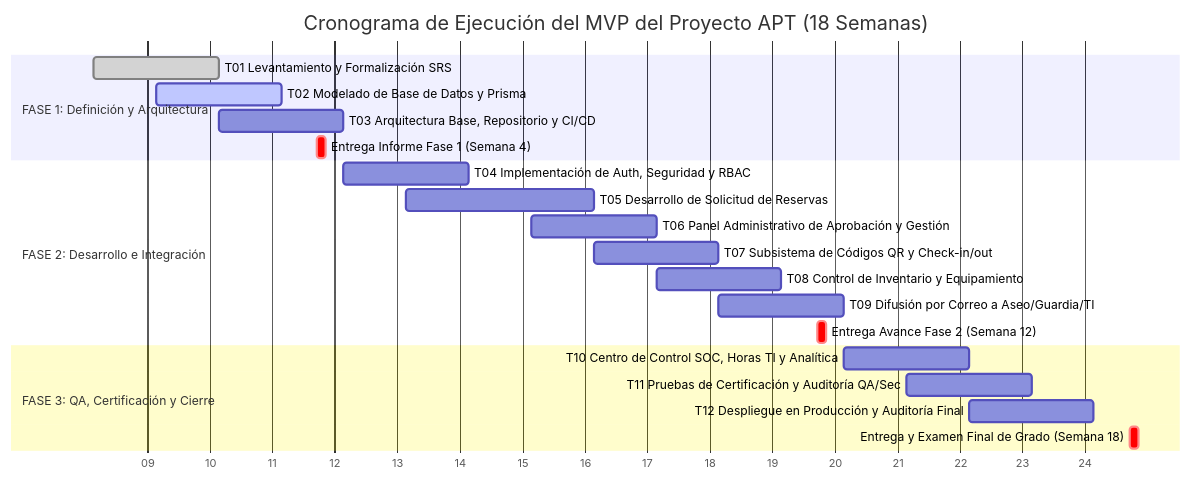
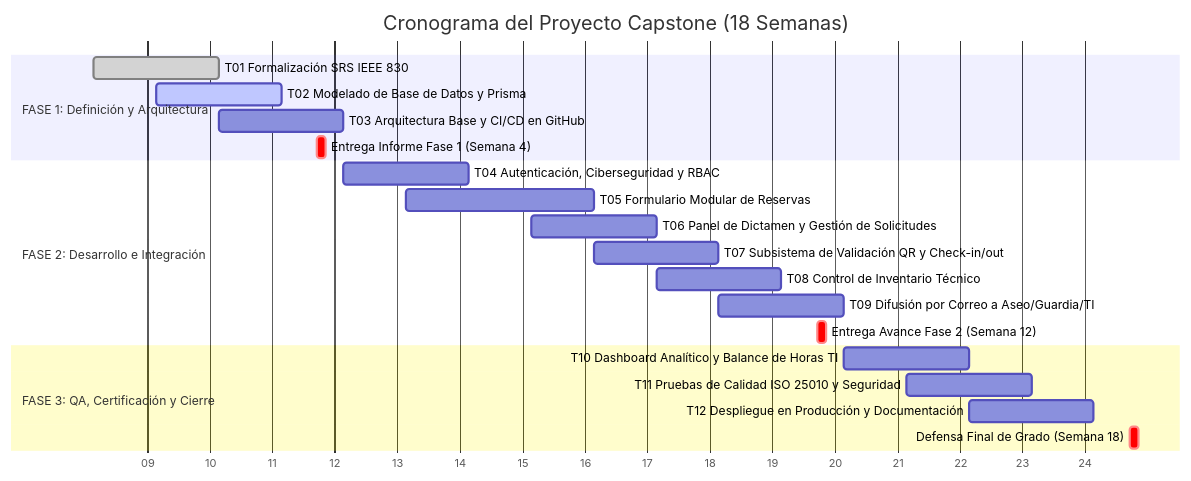
Before and after one commit to IMANDOI/sistema-gestion-auditorios-capstone: the sixth of 12 diagrams in informe_fase_1_definicion_proyecto.md, drawn with Mermaid. The commit also changed other lines of this file, not shown here.

Commit message:
docs(capstone): estandarizar a Proyecto Capstone y refinar alcance de ingenieria (informe_fase_1_definicion_proyecto.md)

````diff
--- a/informe_fase_1_definicion_proyecto.md
+++ b/informe_fase_1_definicion_proyecto.md
@@ -292,27 +288,27 @@
 ```mermaid
 gantt
-    title Cronograma de Ejecución del MVP del Proyecto APT (18 Semanas)
+    title Cronograma del Proyecto Capstone (18 Semanas)
     dateFormat  YYYY-MM-DD
     axisFormat %W
     
     section FASE 1: Definición y Arquitectura
-    T01 Levantamiento y Formalización SRS             :done,    des1, 2026-03-02, 2026-03-16
+    T01 Formalización SRS IEEE 830                   :done,    des1, 2026-03-02, 2026-03-16
     T02 Modelado de Base de Datos y Prisma           :active,  des2, 2026-03-09, 2026-03-23
-    T03 Arquitectura Base, Repositorio y CI/CD       :         des3, 2026-03-16, 2026-03-30
+    T03 Arquitectura Base y CI/CD en GitHub          :         des3, 2026-03-16, 2026-03-30
     Entrega Informe Fase 1 (Semana 4)                :crit,    h1,   2026-03-27, 1d
 
     section FASE 2: Desarrollo e Integración
-    T04 Implementación de Auth, Seguridad y RBAC     :         des4, 2026-03-30, 2026-04-13
-    T05 Desarrollo de Solicitud de Reservas          :         des5, 2026-04-06, 2026-04-27
-    T06 Panel Administrativo de Aprobación y Gestión :         des6, 2026-04-20, 2026-05-04
-    T07 Subsistema de Códigos QR y Check-in/out      :         des7, 2026-04-27, 2026-05-11
-    T08 Control de Inventario y Equipamiento         :         des8, 2026-05-04, 2026-05-18
+    T04 Autenticación, Ciberseguridad y RBAC         :         des4, 2026-03-30, 2026-04-13
+    T05 Formulario Modular de Reservas               :         des5, 2026-04-06, 2026-04-27
+    T06 Panel de Dictamen y Gestión de Solicitudes   :         des6, 2026-04-20, 2026-05-04
+    T07 Subsistema de Validación QR y Check-in/out   :         des7, 2026-04-27, 2026-05-11
+    T08 Control de Inventario Técnico                :         des8, 2026-05-04, 2026-05-18
     T09 Difusión por Correo a Aseo/Guardia/TI        :         des9, 2026-05-11, 2026-05-25
     Entrega Avance Fase 2 (Semana 12)                :crit,    h2,   2026-05-22, 1d
 
     section FASE 3: QA, Certificación y Cierre
-    T10 Centro de Control SOC, Horas TI y Analítica  :         des10, 2026-05-25, 2026-06-08
-    T11 Pruebas de Certificación y Auditoría QA/Sec  :         des11, 2026-06-01, 2026-06-15
-    T12 Despliegue en Producción y Auditoría Final   :         des12, 2026-06-08, 2026-06-22
-    Entrega y Examen Final de Grado (Semana 18)      :crit,    h3,   2026-06-26, 1d
+    T10 Dashboard Analítico y Balance de Horas TI    :         des10, 2026-05-25, 2026-06-08
+    T11 Pruebas de Calidad ISO 25010 y Seguridad     :         des11, 2026-06-01, 2026-06-15
+    T12 Despliegue en Producción y Documentación     :         des12, 2026-06-08, 2026-06-22
+    Defensa Final de Grado (Semana 18)               :crit,    h3,   2026-06-26, 1d
 ```
````
